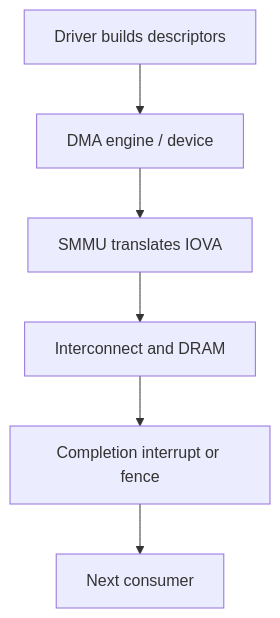
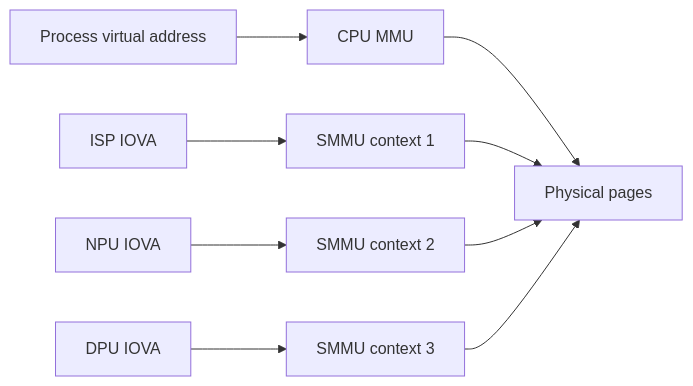
One commit to abhishekkumardwivedi/abhishekkumardwivedi.github.io changed the diagram in src/content/docs/articles/qualcomm-dma-smmu.md. Above: the diagram before and after it, drawn with Mermaid. The commit also changed other lines of this file and 7 other files, not shown here.

````diff
--- a/src/content/docs/articles/qualcomm-dma-smmu.md
+++ b/src/content/docs/articles/qualcomm-dma-smmu.md
@@ -8,8 +35,8 @@
 ```mermaid
-flowchart TD
-    A["Driver builds descriptors"] --> B["DMA engine / device"]
-    B --> C["SMMU translates IOVA"]
-    C --> D["Interconnect and DRAM"]
-    D --> E["Completion interrupt or fence"]
-    E --> F["Next consumer"]
+flowchart LR
+    UVA["Process virtual address"] --> MMU["CPU MMU"]
+    MMU --> PA["Physical pages"]
+    IOVA1["ISP IOVA"] --> S1["SMMU context 1"] --> PA
+    IOVA2["NPU IOVA"] --> S2["SMMU context 2"] --> PA
+    IOVA3["DPU IOVA"] --> S3["SMMU context 3"] --> PA
 ```
````
